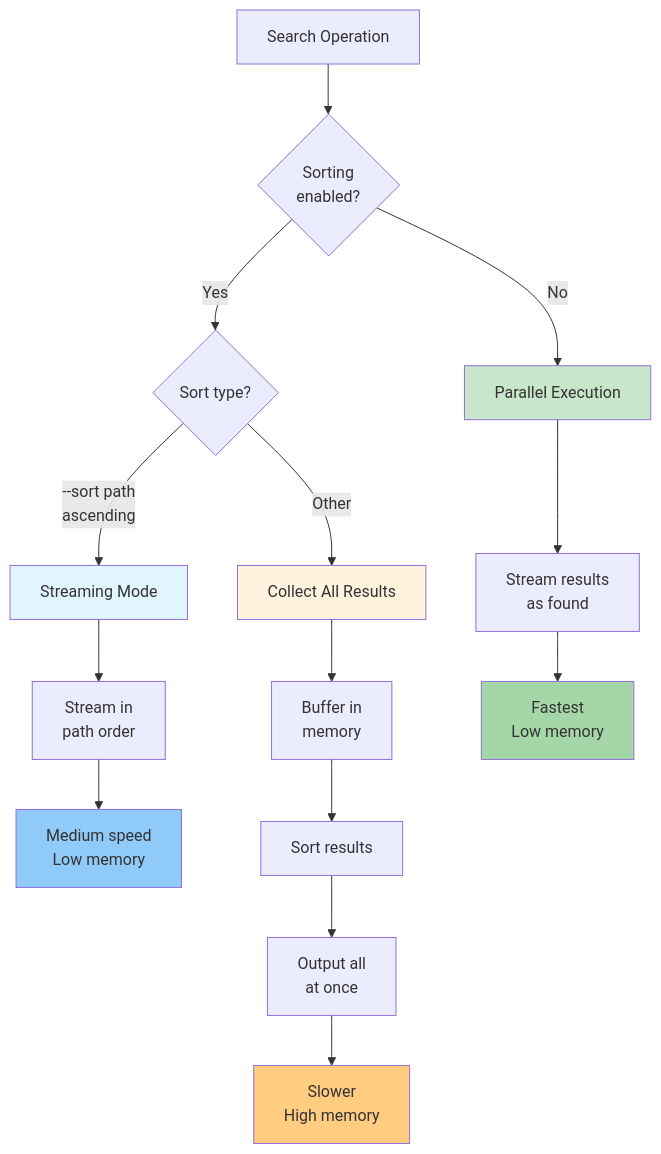
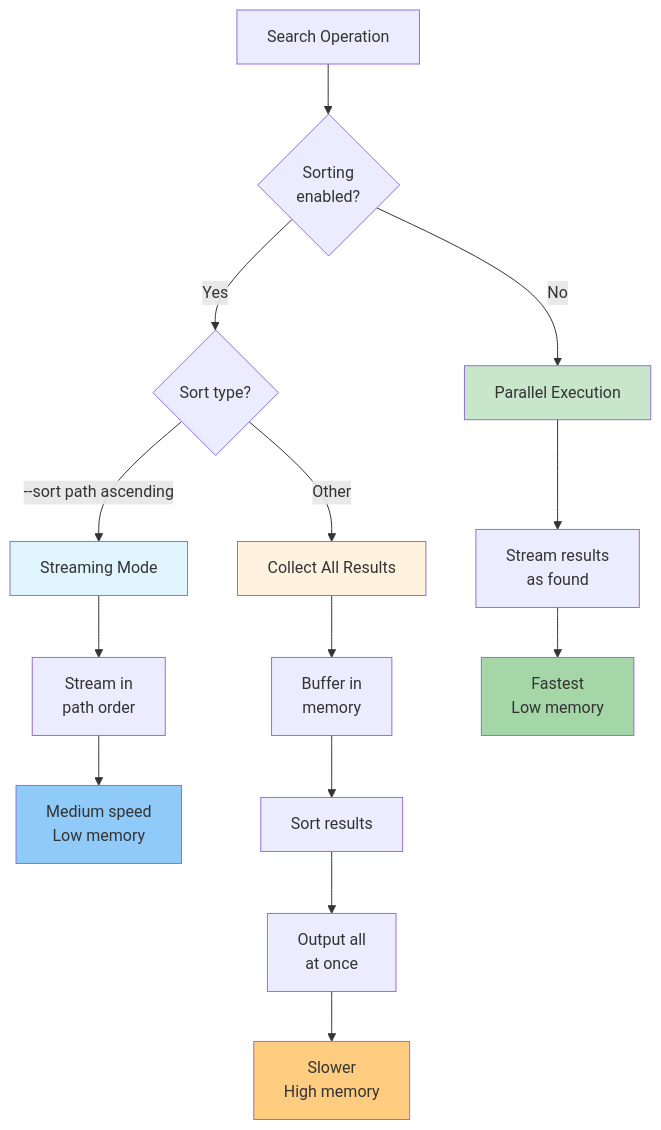
Before and after one commit to iepathos/ripgrep: the second of 2 diagrams in docs/sorting-results.md, drawn with Mermaid. The commit also changed 10 other files, not shown here.

First line of the commit message:
fix: replace all <br/> tags with proper multi-line syntax in Mermaid diagrams

````diff
--- a/docs/sorting-results.md
+++ b/docs/sorting-results.md
@@ -197,28 +197,35 @@
 ```mermaid
 graph TD
     Search[Search Operation] --> SortCheck{"Sorting
 enabled?"}
 
     SortCheck -->|No| Parallel[Parallel Execution]
     SortCheck -->|Yes| SortType{Sort type?}
 
-    SortType -->|--sort path<br/>ascending| Stream[Streaming Mode]
+    SortType -->|--sort path ascending| Stream[Streaming Mode]
     SortType -->|Other| Collect[Collect All Results]
 
-    Parallel --> Stream1["Stream results<br/>as found"]
-    Stream --> Stream2["Stream in<br/>path order"]
-    Collect --> Buffer["Buffer in<br/>memory"]
+    Parallel --> Stream1["Stream results
+as found"]
+    Stream --> Stream2["Stream in
+path order"]
+    Collect --> Buffer["Buffer in
+memory"]
 
-    Stream1 --> Fast["Fastest<br/>Low memory"]
-    Stream2 --> Medium["Medium speed<br/>Low memory"]
+    Stream1 --> Fast["Fastest
+Low memory"]
+    Stream2 --> Medium["Medium speed
+Low memory"]
     Buffer --> Sort[Sort results]
-    Sort --> Output["Output all<br/>at once"]
-    Output --> Slow["Slower<br/>High memory"]
+    Sort --> Output["Output all
+at once"]
+    Output --> Slow["Slower
+High memory"]
 
     style Parallel fill:#c8e6c9
     style Stream fill:#e1f5ff
     style Collect fill:#fff3e0
     style Fast fill:#a5d6a7
     style Medium fill:#90caf9
     style Slow fill:#ffcc80
 ```
````
